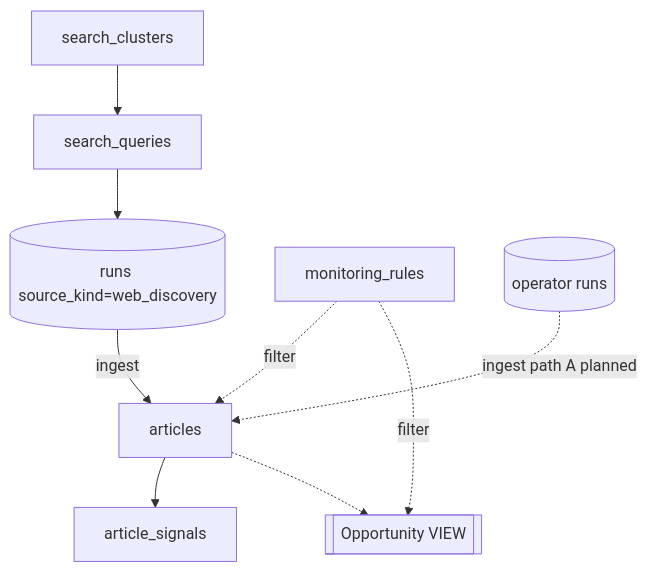
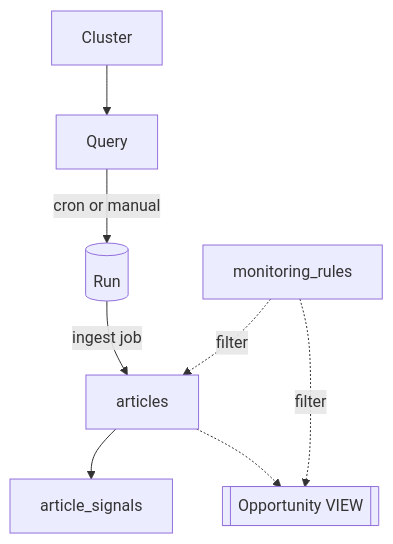
One commit to Growth-Maschine/NORAD-INTEL-ENGINE-V1 changed the fifth of 9 diagrams in docs/phase-1/P1-04-admin.md. Above: the diagram before and after it, drawn with Mermaid. The commit also changed other lines of this file and 9 other files, not shown here.

````diff
--- a/docs/phase-1/P1-04-admin.md
+++ b/docs/phase-1/P1-04-admin.md
@@ -786,20 +786,18 @@
 ```mermaid
 flowchart TB
-    SC[search_clusters]
-    SQ[search_queries]
-    RUNS[(runs source_kind=web_discovery)]
+    CL[Cluster]
+    Q[Query]
+    RUNS[(Run)]
     ART[articles]
     NS[article_signals]
     MR[monitoring_rules]
     OPP[[Opportunity VIEW]]
 
-    SC --> SQ
-    SQ --> RUNS
-    RUNS -->|ingest| ART
+    CL --> Q
+    Q -->|cron or manual| RUNS
+    RUNS -->|ingest job| ART
     ART --> NS
     MR -.->|filter| ART
     MR -.->|filter| OPP
     ART -.-> OPP
-
-    WDR[(operator runs)] -.->|ingest path A planned| ART
 ```
````
